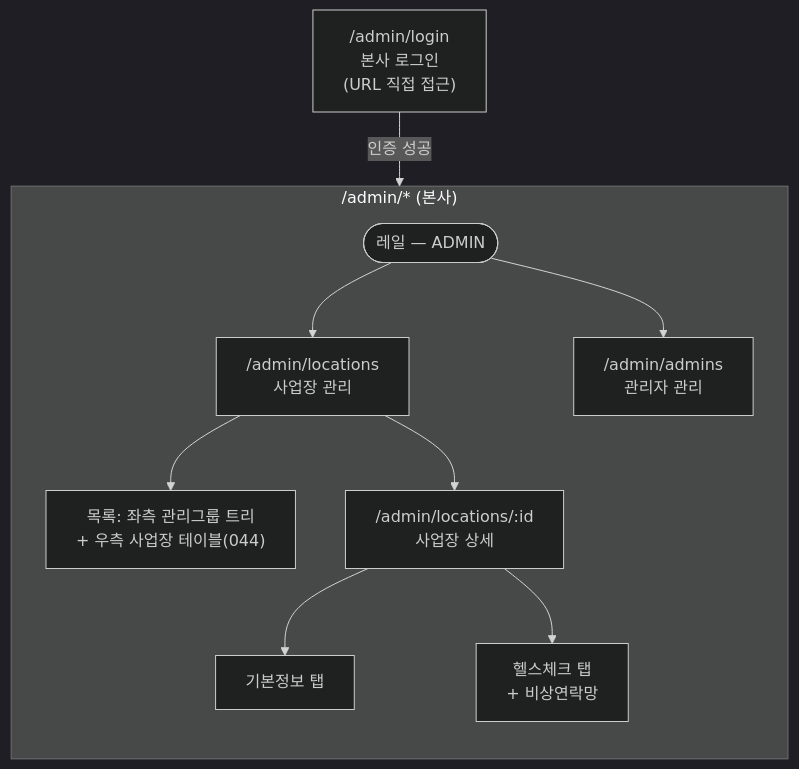
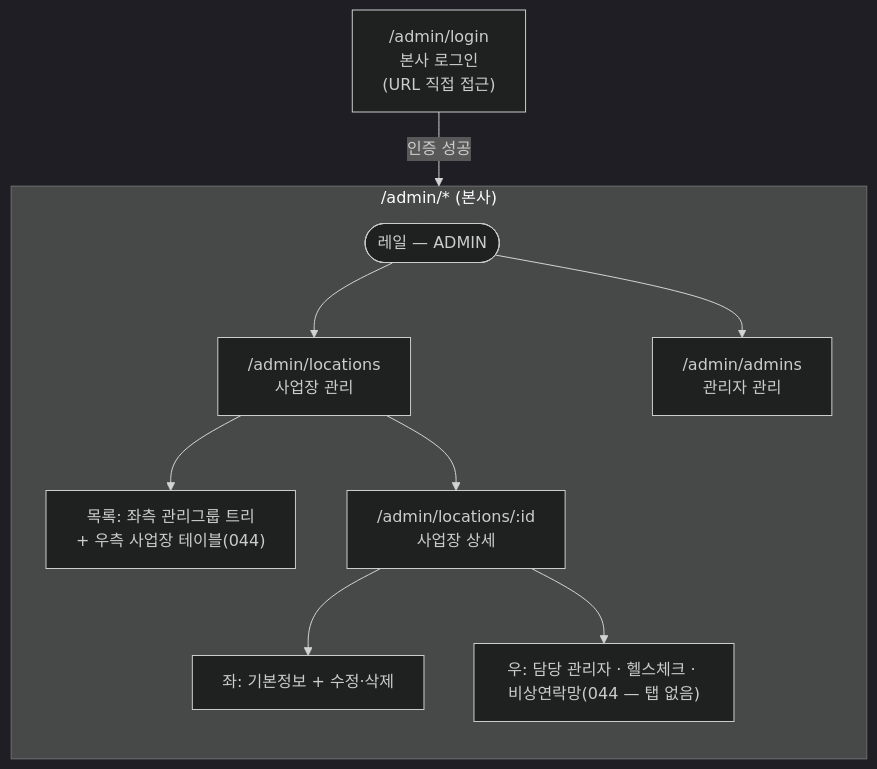
One commit to S-Tec-System-R-D/s-patrol_fe changed the ninth of 15 diagrams in docs/flow.md. Above: the diagram before and after it, drawn with Mermaid. The commit also changed other lines of this file and 6 other files, not shown here.

Commit message:
docs : spec 044 — 문서 동기화(CLAUDE.md 에러 4종 · screens · flow · data-model · roadmap) · DoD 19/19 · 이월 (T811~T814)

````diff
--- a/docs/flow.md
+++ b/docs/flow.md
@@ -263,19 +263,19 @@
 ```mermaid
 %%{init: {'theme':'dark'}}%%
 flowchart TB
     AdminLogin["/admin/login<br/>본사 로그인<br/>(URL 직접 접근)"]
 
     subgraph Admin["/admin/* (본사)"]
         direction TB
         ASB([레일 — ADMIN])
         ASB --> Loc["/admin/locations<br/>사업장 관리"]
         ASB --> Adm["/admin/admins<br/>관리자 관리"]
 
         Loc --> LocList["목록: 좌측 관리그룹 트리<br/>+ 우측 사업장 테이블(044)"]
         Loc --> LocDet["/admin/locations/:id<br/>사업장 상세"]
-        LocDet --> TabBasic[기본정보 탭]
-        LocDet --> TabHealth["헬스체크 탭<br/>+ 비상연락망"]
+        LocDet --> CardBasic["좌: 기본정보 + 수정·삭제"]
+        LocDet --> CardRight["우: 담당 관리자 · 헬스체크 · 비상연락망(044 — 탭 없음)"]
     end
 
     AdminLogin -- 인증 성공 --> ASB
 ```
````
